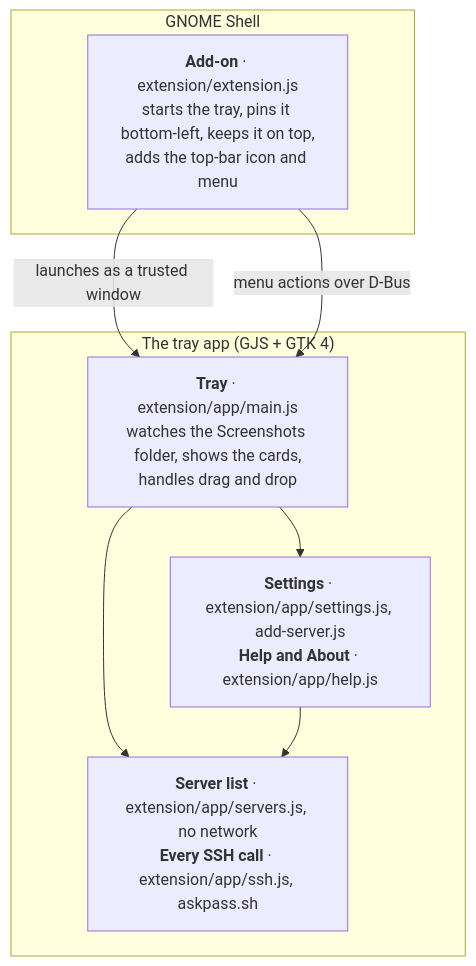
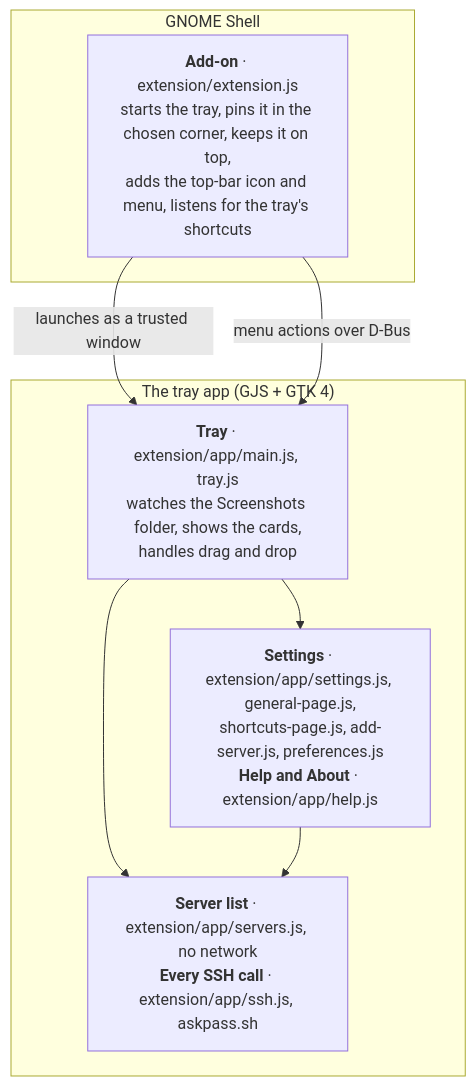
The diagram in README.md (romanlucian/screenshot-tray), drawn with Mermaid before and after one commit. The commit also changed other lines of this file and 6 other files, not shown here.

Commit message:
Show the new Settings on the project page; test recording a shortcut with real keys

````diff
--- a/README.md
+++ b/README.md
@@ -187,16 +211,16 @@
 ```mermaid
 flowchart TB
     subgraph shell ["GNOME Shell"]
-        X["<b>Add-on</b> · extension/extension.js<br/>starts the tray, pins it bottom-left, keeps it on top,<br/>adds the top-bar icon and menu"]
+        X["<b>Add-on</b> · extension/extension.js<br/>starts the tray, pins it in the chosen corner, keeps it on top,<br/>adds the top-bar icon and menu, listens for the tray's shortcuts"]
     end
     subgraph app ["The tray app (GJS + GTK 4)"]
-        Y["<b>Tray</b> · extension/app/main.js<br/>watches the Screenshots folder, shows the cards,<br/>handles drag and drop"]
-        S["<b>Settings</b> · extension/app/settings.js, add-server.js<br/><b>Help and About</b> · extension/app/help.js"]
+        Y["<b>Tray</b> · extension/app/main.js, tray.js<br/>watches the Screenshots folder, shows the cards,<br/>handles drag and drop"]
+        S["<b>Settings</b> · extension/app/settings.js, general-page.js,<br/>shortcuts-page.js, add-server.js, preferences.js<br/><b>Help and About</b> · extension/app/help.js"]
         Z["<b>Server list</b> · extension/app/servers.js, no network<br/><b>Every SSH call</b> · extension/app/ssh.js, askpass.sh"]
     end
     X -- "launches as a trusted window" --> Y
     X -- "menu actions over D-Bus" --> Y
     Y --> S
     Y --> Z
     S --> Z
 ```
````
